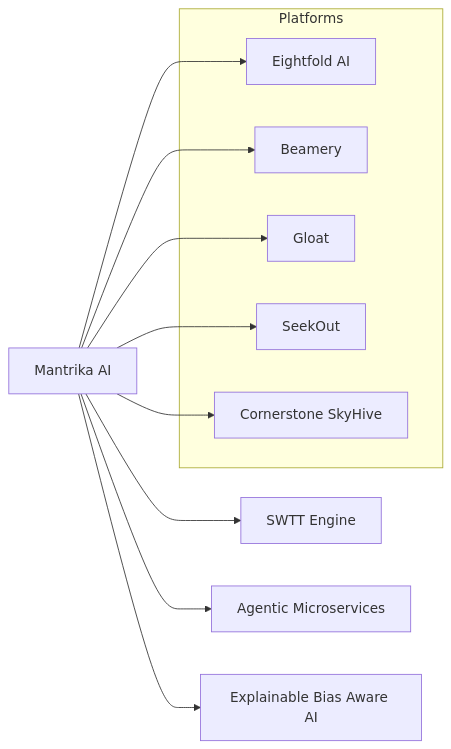
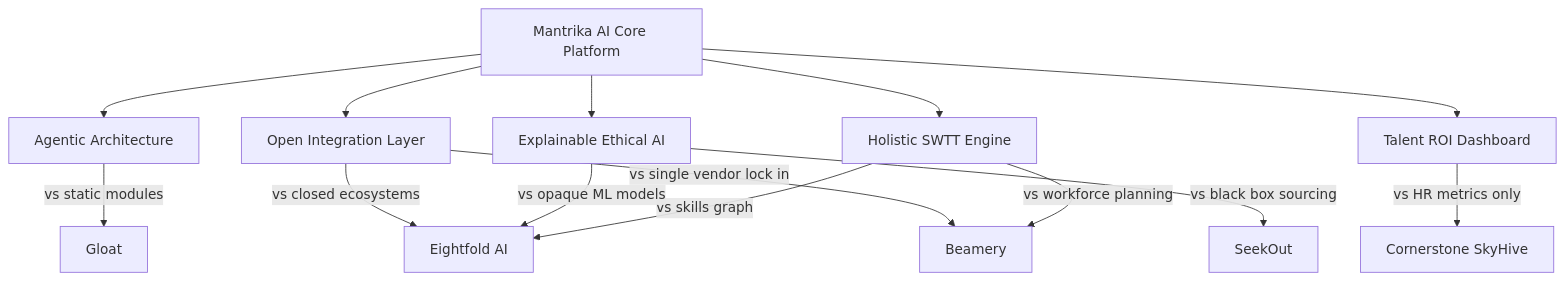
Before and after one commit to aeishwarymishra/AIforHR: the sixth of 6 diagrams in architecture.md, drawn with Mermaid.

````diff
--- a/architecture.md
+++ b/architecture.md
@@ -100,31 +100,40 @@
 ```mermaid
-graph LR
-    subgraph Platforms
-        E[Eightfold AI]
-        B[Beamery]
-        G[Gloat]
-        S[SeekOut]
-        C[Cornerstone SkyHive]
-    end
+graph TD
+    %% Competitors
+    E[Eightfold AI]
+    B[Beamery]
+    G[Gloat]
+    S[SeekOut]
+    C[Cornerstone SkyHive]
 
-    M[Mantrika AI]
-
-    %% Relationships
-    M --> E
-    M --> B
-    M --> G
-    M --> S
-    M --> C
+    %% Core (Mantrika)
+    M[Mantrika AI Core Platform]
 
     %% Differentiators
-    D1[SWTT Engine]
-    D2[Agentic Microservices]
-    D3[Explainable Bias Aware AI]
+    D1[Holistic SWTT Engine]
+    D2[Agentic Architecture]
+    D3[Explainable Ethical AI]
+    D4[Talent ROI Dashboard]
+    D5[Open Integration Layer]
 
+    %% Connections
     M --> D1
     M --> D2
     M --> D3
+    M --> D4
+    M --> D5
+
+    %% Comparison lines
+    D1 -->|vs skills graph| E
+    D1 -->|vs workforce planning| B
+    D2 -->|vs static modules| G
+    D3 -->|vs opaque ML models| E
+    D3 -->|vs black box sourcing| S
+    D4 -->|vs HR metrics only| C
+    D5 -->|vs closed ecosystems| E
+    D5 -->|vs single vendor lock in| B
+
 
 
 
 ```
````
